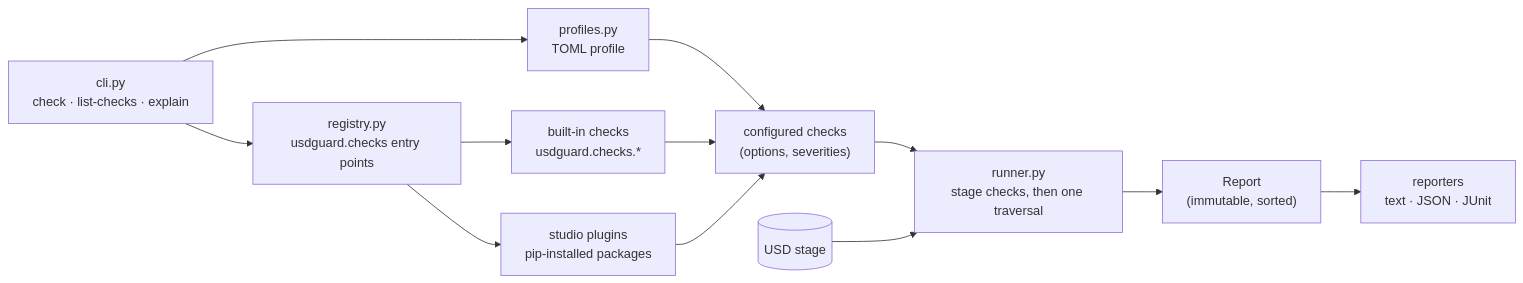
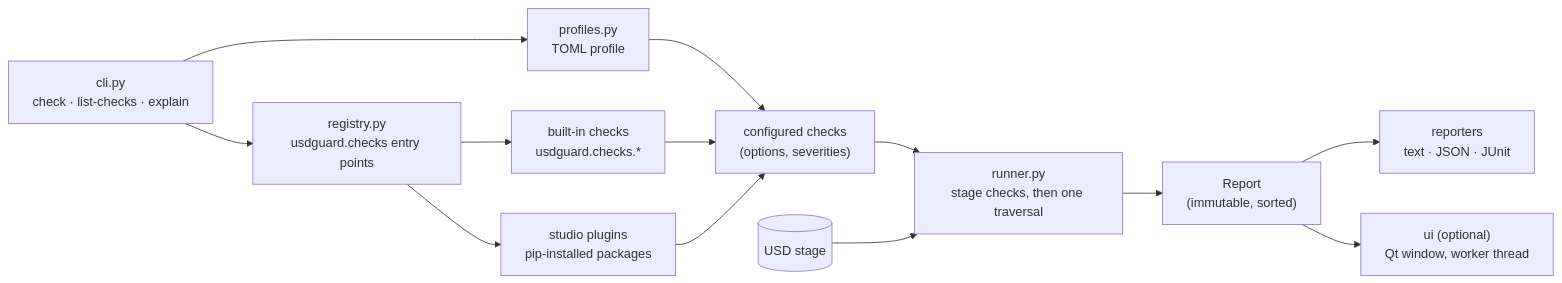
One commit to JsonDoe/usdlint changed the diagram in README.md. Above: the diagram before and after it, drawn with Mermaid. The commit also changed other lines of this file and 5 other files, not shown here.

````diff
--- a/README.md
+++ b/README.md
@@ -58,14 +58,15 @@
 ```mermaid
 flowchart LR
     CLI["cli.py<br/>check · list-checks · explain"] --> Profiles["profiles.py<br/>TOML profile"]
     CLI --> Registry["registry.py<br/>usdguard.checks entry points"]
     Registry --> Builtin["built-in checks<br/>usdguard.checks.*"]
     Registry --> Plugins["studio plugins<br/>pip-installed packages"]
     Profiles --> Configured["configured checks<br/>(options, severities)"]
     Builtin --> Configured
     Plugins --> Configured
     Configured --> Runner["runner.py<br/>stage checks, then one traversal"]
     Stage[("USD stage")] --> Runner
     Runner --> Report["Report<br/>(immutable, sorted)"]
     Report --> Reporters["reporters<br/>text · JSON · JUnit"]
+    Report --> UI["ui (optional)<br/>Qt window, worker thread"]
 ```
````
